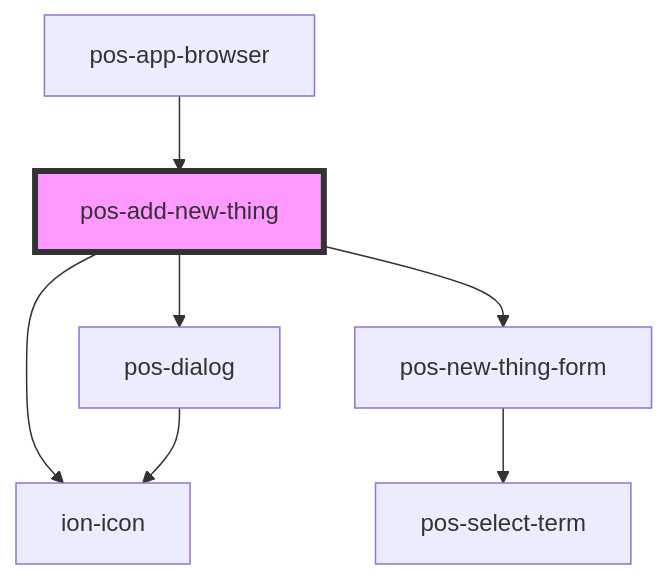
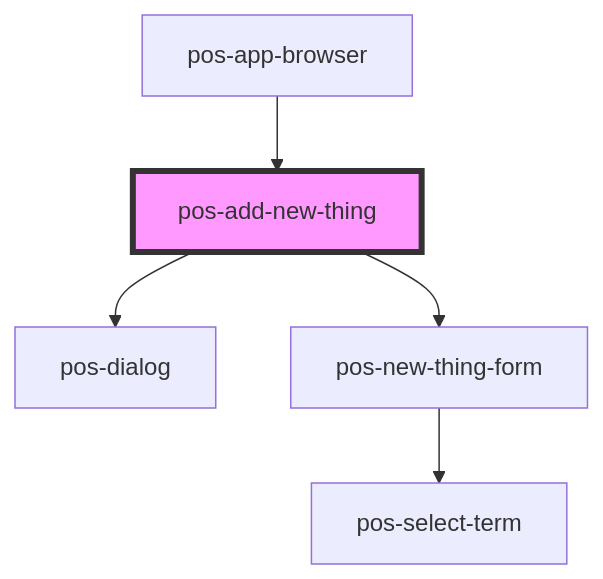
Before and after one commit to pod-os/PodOS: the diagram in docs/elements/components/pos-add-new-thing/readme.md, drawn with Mermaid. The commit also changed other lines of this file and 31 other files, not shown here.

````diff
--- a/docs/elements/components/pos-add-new-thing/readme.md
+++ b/docs/elements/components/pos-add-new-thing/readme.md
@@ -28,10 +27,8 @@
 ```mermaid
 graph TD;
-  pos-add-new-thing --> ion-icon
   pos-add-new-thing --> pos-dialog
   pos-add-new-thing --> pos-new-thing-form
-  pos-dialog --> ion-icon
   pos-new-thing-form --> pos-select-term
   pos-app-browser --> pos-add-new-thing
   style pos-add-new-thing fill:#f9f,stroke:#333,stroke-width:4px
 ```
````
